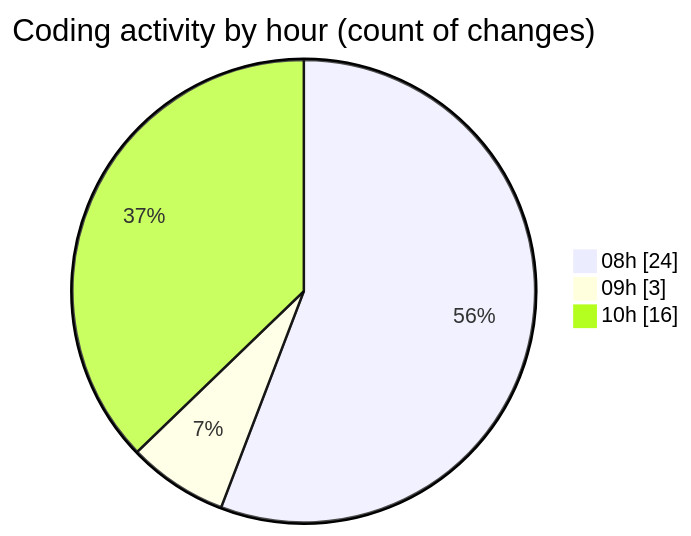
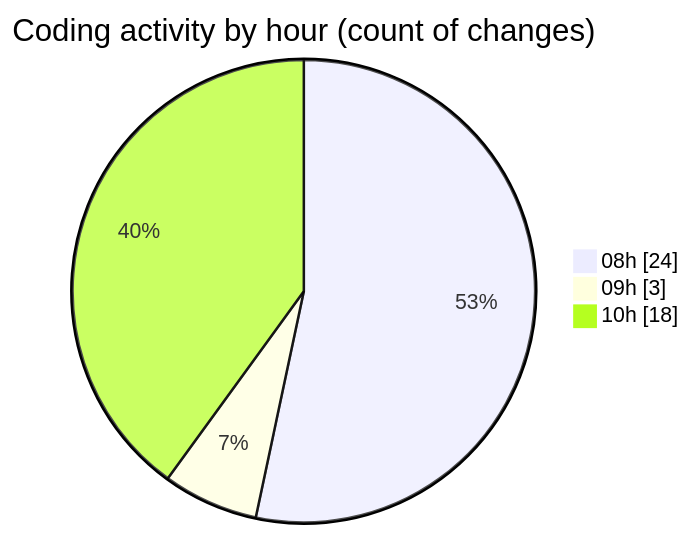
Before and after one commit to julien-gomy/code-tracking: the second of 2 diagrams in 2025-11-07/eventscop-frontend-guide__workspace_/README.md, drawn with Mermaid. The commit also changed other lines of this file and 1 other file, not shown here.

````diff
--- a/2025-11-07/eventscop-frontend-guide__workspace_/README.md
+++ b/2025-11-07/eventscop-frontend-guide__workspace_/README.md
@@ -43,7 +45,7 @@
 ```mermaid
 pie showData
 title Coding activity by hour (count of changes)
 "08h" : 24
 "09h" : 3
-"10h" : 16
+"10h" : 18
 ```
````
